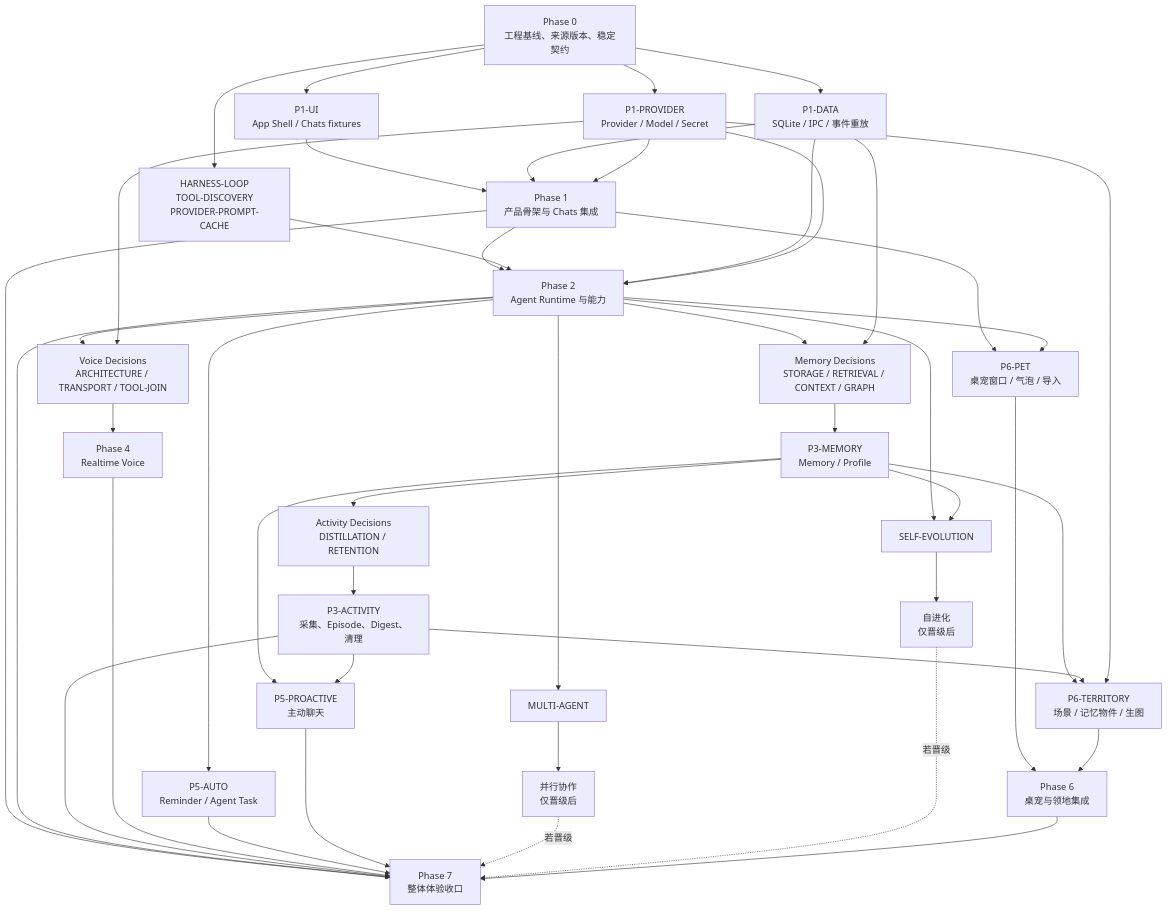
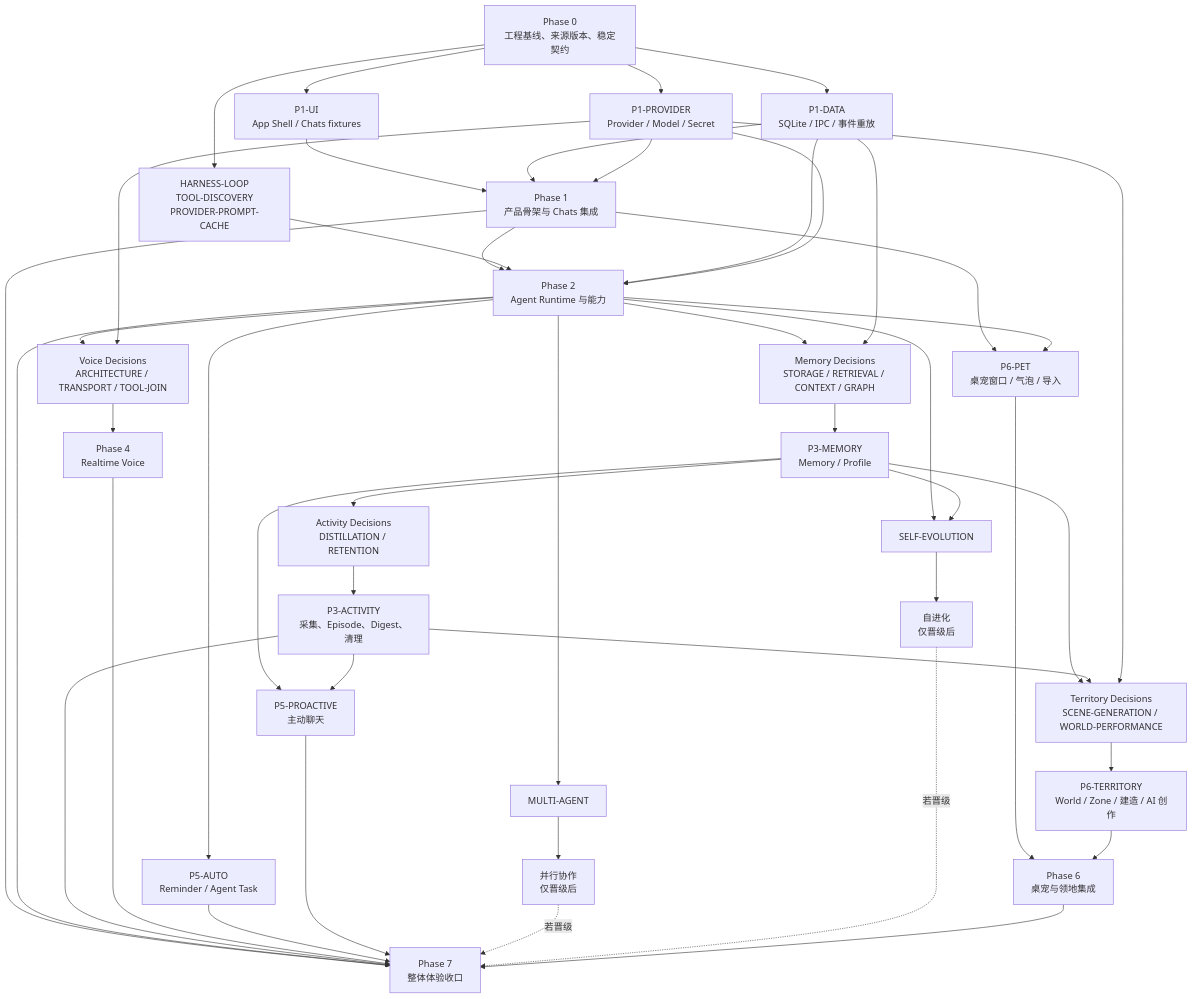
One commit to MicroYui/chara-mate changed the diagram in docs/progress/ROADMAP.md. Above: the diagram before and after it, drawn with Mermaid. The commit also changed other lines of this file and 114 other files, not shown here.

```diff
--- a/docs/progress/ROADMAP.md
+++ b/docs/progress/ROADMAP.md
@@ -59,7 +59,8 @@
     SE["自进化<br/>仅晋级后"]
 
     PET["P6-PET<br/>桌宠窗口 / 气泡 / 导入"]
-    TERR["P6-TERRITORY<br/>场景 / 记忆物件 / 生图"]
+    TD["Territory Decisions<br/>SCENE-GENERATION / WORLD-PERFORMANCE"]
+    TERR["P6-TERRITORY<br/>World / Zone / 建造 / AI 创作"]
     P6["Phase 6<br/>桌宠与领地集成"]
     P7["Phase 7<br/>整体体验收口"]
 
@@ -97,9 +98,10 @@
 
     P1 --> PET
     P2 --> PET
-    MEM --> TERR
-    ACT --> TERR
-    PR --> TERR
+    MEM --> TD
+    ACT --> TD
+    PR --> TD
+    TD --> TERR
     PET --> P6
     TERR --> P6
 
```
